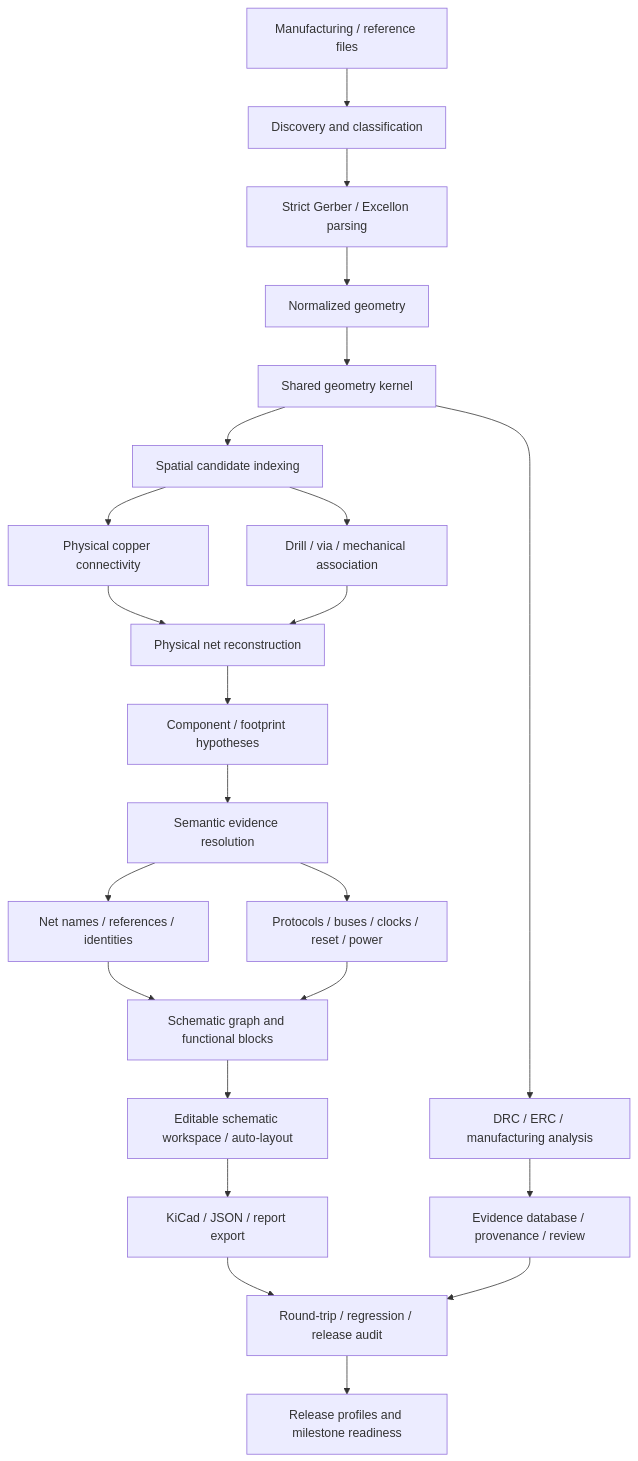
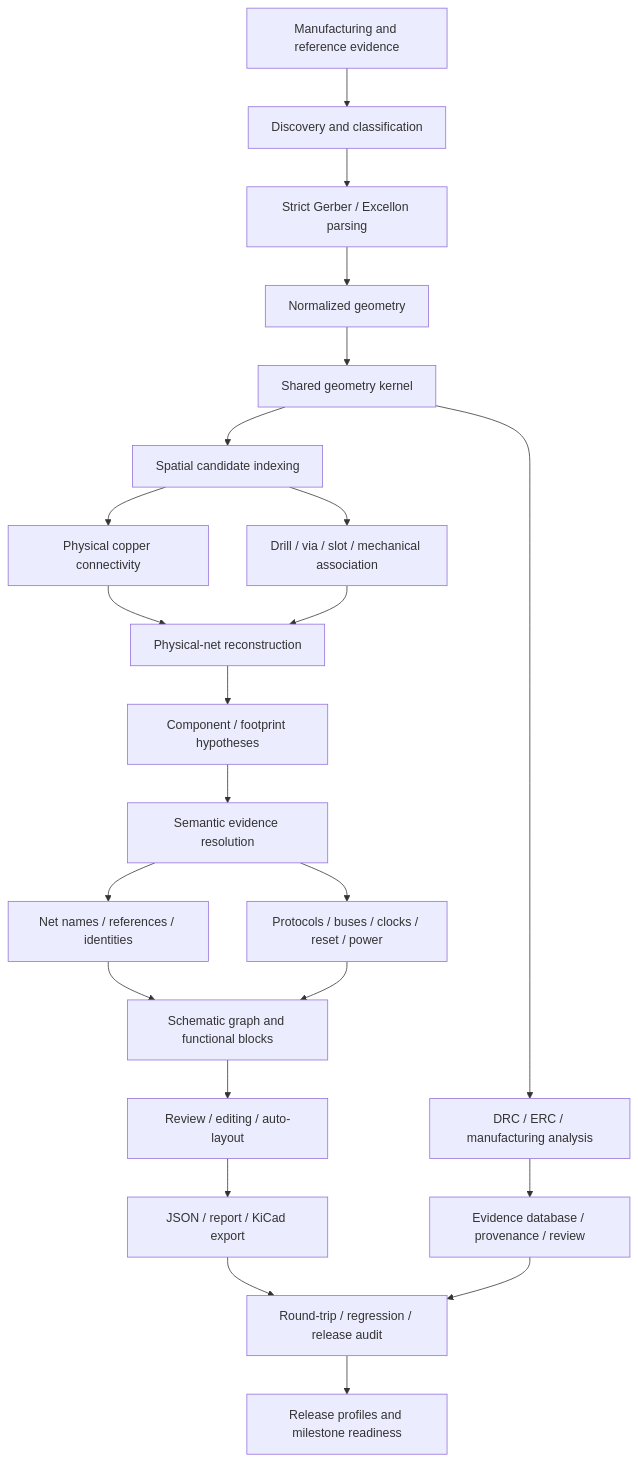
Before and after one commit to 3more102/PHOTONX_EDA_PCB: the diagram in README.md, drawn with Mermaid. The commit also changed other lines of this file, not shown here.

````diff
--- a/README.md
+++ b/README.md
@@ -72,25 +134,25 @@
 ```mermaid
 flowchart TD
-    A[Manufacturing / reference files] --> B[Discovery and classification]
+    A[Manufacturing and reference evidence] --> B[Discovery and classification]
     B --> C[Strict Gerber / Excellon parsing]
     C --> D[Normalized geometry]
     D --> E[Shared geometry kernel]
     E --> F[Spatial candidate indexing]
     F --> G[Physical copper connectivity]
-    F --> H[Drill / via / mechanical association]
-    G --> I[Physical net reconstruction]
+    F --> H[Drill / via / slot / mechanical association]
+    G --> I[Physical-net reconstruction]
     H --> I
     I --> J[Component / footprint hypotheses]
     J --> K[Semantic evidence resolution]
     K --> L[Net names / references / identities]
     K --> M[Protocols / buses / clocks / reset / power]
     L --> N[Schematic graph and functional blocks]
     M --> N
-    N --> O[Editable schematic workspace / auto-layout]
-    O --> P[KiCad / JSON / report export]
+    N --> O[Review / editing / auto-layout]
+    O --> P[JSON / report / KiCad export]
     E --> Q[DRC / ERC / manufacturing analysis]
     Q --> R[Evidence database / provenance / review]
     P --> S[Round-trip / regression / release audit]
     R --> S
     S --> T[Release profiles and milestone readiness]
 ```
````
